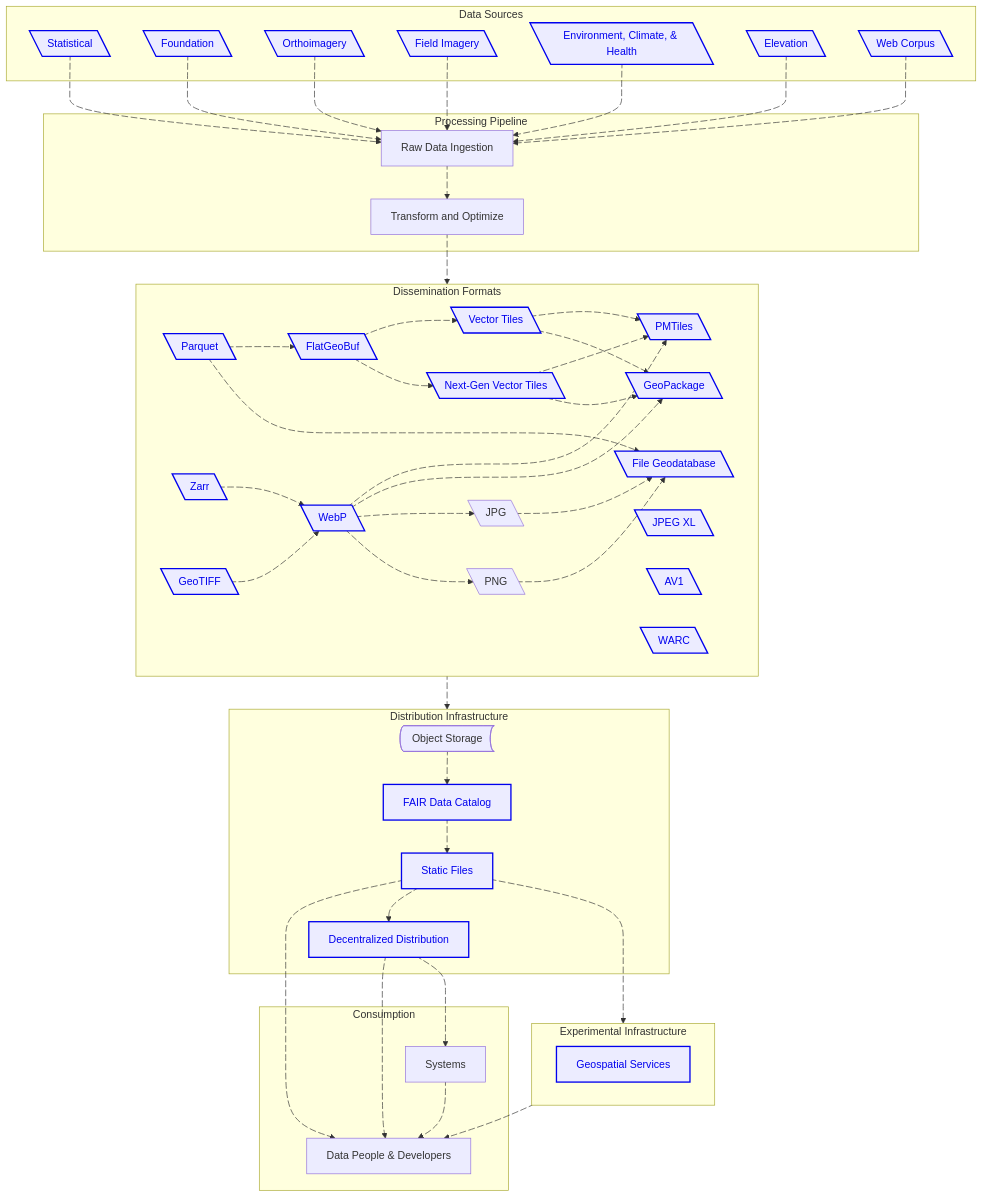
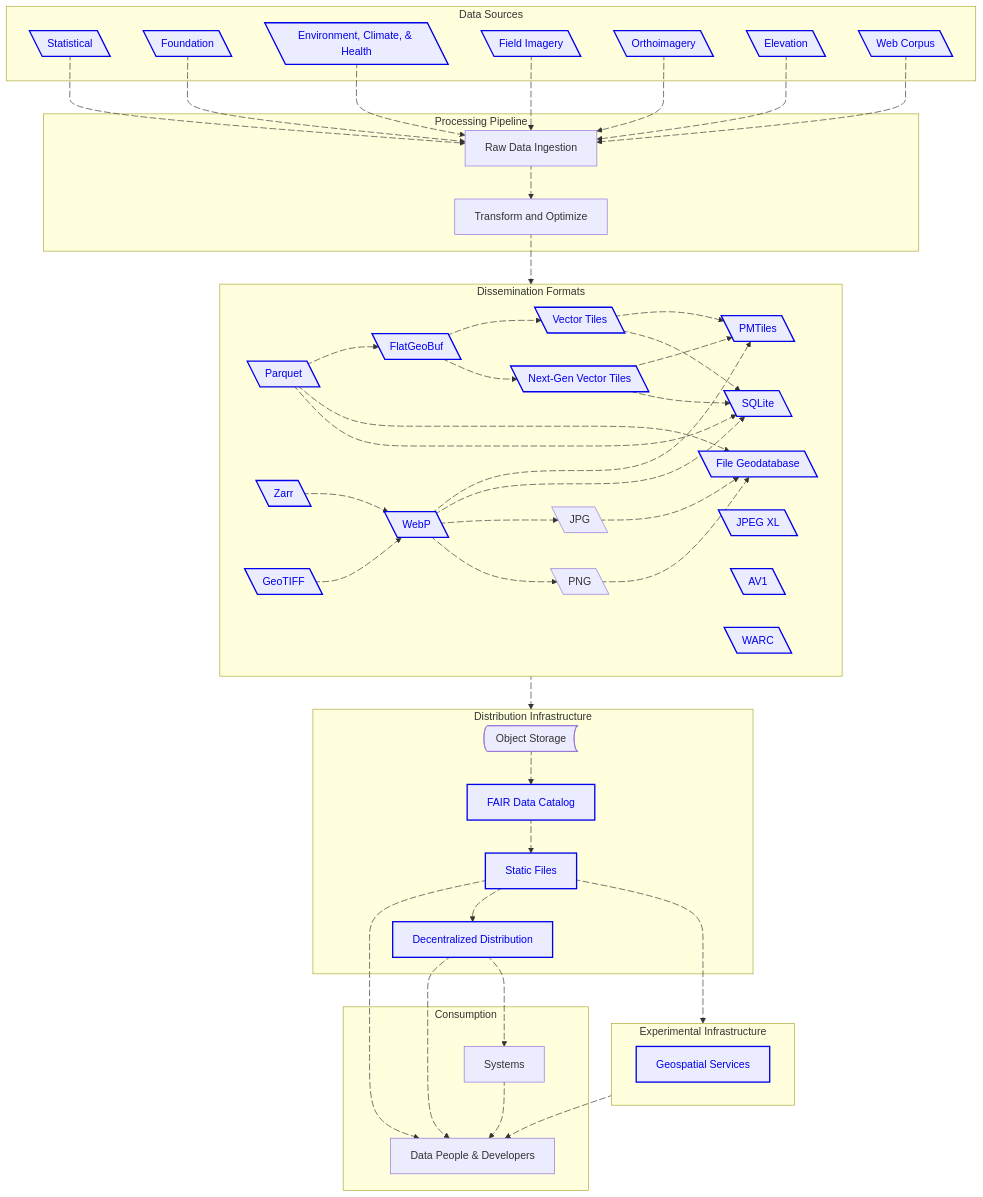
The diagram in content/_index.md (dataforcanada/www.dataforcanada.org), drawn with Mermaid before and after one commit.

Commit message:
GeoPackage to SQLite, and reprioritization of data source acquisition. It would be too costly to prioritize Orthoimagery, but we can still work on 'smart data acquisition process'

````diff
--- a/content/_index.md
+++ b/content/_index.md
@@ -66,9 +66,9 @@
     subgraph ds [Data Sources]
         Statistical@{ shape: lean-l}
         Foundation@{ shape: lean-l}
+        EnvironmentClimate@{ shape: lean-l, label: "Environment, Climate, & Health"}
         Orthoimagery@{ shape: lean-l}
         FieldImagery@{ shape: lean-l, label: "Field Imagery"}
-        EnvironmentClimate@{ shape: lean-l, label: "Environment, Climate, & Health"}
         Elevation@{ shape: lean-l}
         WebCorpus@{ shape: lean-l, label: "Web Corpus"}
     end
@@ -84,7 +84,7 @@
         VectorTiles@{ shape: lean-l, label: "Vector Tiles"}
         NextGenVectorTiles@{ shape: lean-l, label: "Next-Gen Vector Tiles"}
         PMTiles@{ shape: lean-l}
-        GeoPackage@{ shape: lean-l}
+        SQLite@{ shape: lean-l}
         FileGeodatabase@{shape: lean-l, label: "File Geodatabase"}
         GeoTIFF@{ shape: lean-l}
         Zarr@{ shape: lean-l}
@@ -123,12 +123,12 @@
     a1@{animate: true, animation: slow}
     Foundation a2@--> Raw
     a2@{animate: true, animation: slow}
+    EnvironmentClimate a5@--> Raw
+    a5@{animate: true, animation: fast}
+    FieldImagery a4@--> Raw
+    a4@{animate:true, animation: fast}
     Orthoimagery a3@--> Raw
     a3@{animate: true, animation: slow}
-    FieldImagery a4@--> Raw
-    a4@{animate:true, animation: fast}
-    EnvironmentClimate a5@--> Raw
-    a5@{animate: true, animation: fast}
     Elevation a6@--> Raw
     a6@{animate: true, animation: slow}
     WebCorpus a7@--> Raw
@@ -140,6 +140,8 @@
     Parquet a10@--> FlatGeoBuf
     a10@{animate: true, animation: fast}
     Parquet a100@--> FileGeodatabase
+    Parquet a110@--> SQLite
+    a110@{animate: true, animation: slow}
     a100@{animate: true, animation: slow}
     FlatGeoBuf a11@--> VectorTiles
     a11@{animate: true, animation: fast}
@@ -147,11 +149,11 @@
     a91@{animate: true, animation: fast}
     VectorTiles a90@ --> PMTiles
     a90@{animate: true, animation: fast}
-    VectorTiles a96@ --> GeoPackage
+    VectorTiles a96@ --> SQLite
     a96@{animate: true, animation: slow}
     NextGenVectorTiles a92@ --> PMTiles
     a92@{animate: true, animation: slow}
-    NextGenVectorTiles a95@ --> GeoPackage
+    NextGenVectorTiles a95@ --> SQLite
     a95@{animate: true, animation: slow}
     Zarr a12@ --> WebP
     a12@{animate: true, animation: slow}
@@ -161,7 +163,7 @@
     a14@{animate: true, animation: slow}
     WebP a93@--> PMTiles 
     a93@{animate: true, animation: slow}
-    WebP a94@--> GeoPackage
+    WebP a94@--> SQLite
     a94@{animate: true, animation: slow}
     WebP a103@--> JPG
     a103@{animate: true, animation: slow}
@@ -201,7 +203,7 @@
 
     click Parquet "https://github.com/apache/parquet-format/" _blank
     click FlatGeoBuf "https://flatgeobuf.org/" _blank
-    click GeoPackage "https://www.geopackage.org/" _blank
+    click SQLite "https://www.geopackage.org/" _blank
     click FileGeodatabase "https://gdal.org/en/stable/drivers/vector/openfilegdb.html" _blank
     click VectorTiles "https://github.com/mapbox/vector-tile-spec/" _blank
     click NextGenVectorTiles "https://github.com/maplibre/maplibre-tile-spec/" _blank
@@ -225,6 +227,6 @@
 
     %% APPLY STYLES TO LINKED NODES
     class Foundation,Statistical,Orthoimagery,FieldImagery,EnvironmentClimate,Elevation,WebCorpus linkNode
-    class Parquet,FlatGeoBuf,GeoPackage,FileGeodatabase,VectorTiles,NextGenVectorTiles,GeoTIFF,Zarr,WebP,PMTiles,JPEGXL,AV1,WARC linkNode
+    class Parquet,FlatGeoBuf,SQLite,FileGeodatabase,VectorTiles,NextGenVectorTiles,GeoTIFF,Zarr,WebP,PMTiles,JPEGXL,AV1,WARC linkNode
     class DecentralizedDistribution,HTTP,Metadata,GeoSpatialServices linkNode
 ```
````
